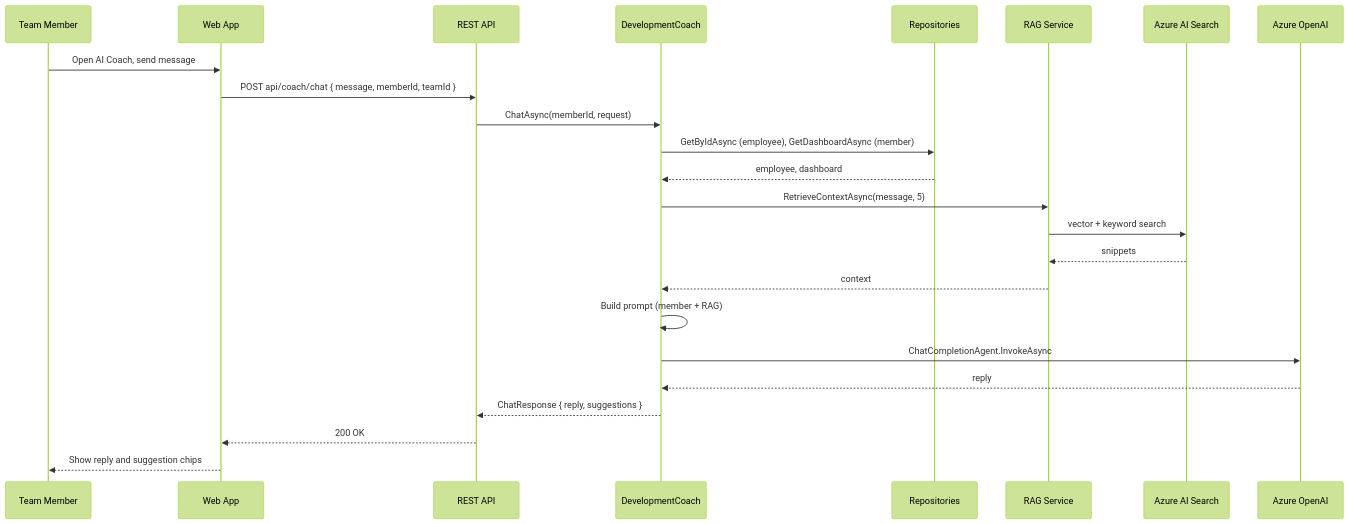
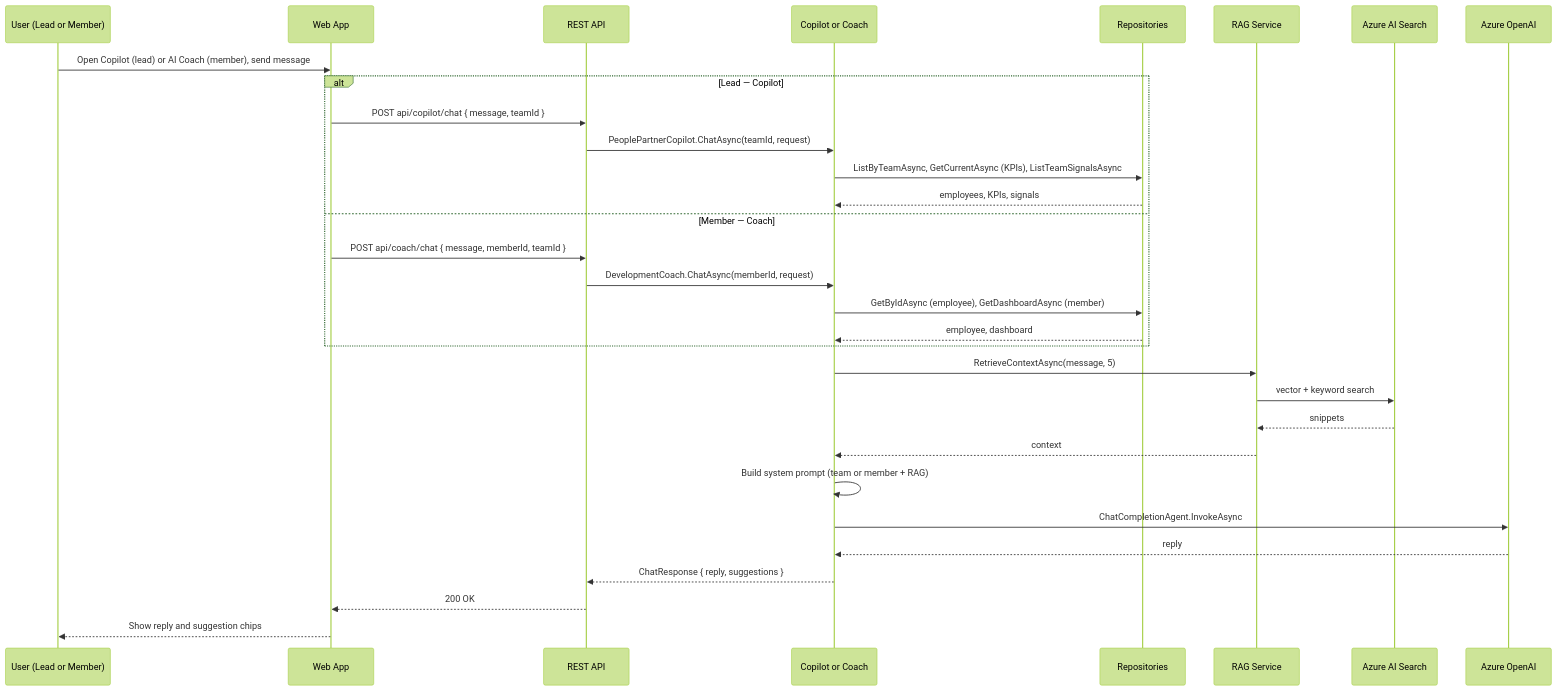
The first of 2 diagrams in README.md (LogiqApps-AS/logiq), drawn with Mermaid (forest theme) before and after one commit. The commit also changed other lines of this file and 4 other files, not shown here.

````diff
--- a/README.md
+++ b/README.md
@@ -185,30 +153,37 @@
 ```mermaid
 sequenceDiagram
-  participant U as Team Member
+  participant U as User (Lead or Member)
   participant W as Web App
   participant API as REST API
-  participant Coach as DevelopmentCoach
+  participant Agent as Copilot or Coach
   participant Repos as Repositories
   participant RAG as RAG Service
   participant Search as Azure AI Search
   participant OpenAI as Azure OpenAI
 
-  U->>W: Open AI Coach, send message
-  W->>API: POST api/coach/chat { message, memberId, teamId }
-  API->>Coach: ChatAsync(memberId, request)
+  U->>W: Open Copilot (lead) or AI Coach (member), send message
+  alt Lead — Copilot
+    W->>API: POST api/copilot/chat { message, teamId }
+    API->>Agent: PeoplePartnerCopilot.ChatAsync(teamId, request)
+    Agent->>Repos: ListByTeamAsync, GetCurrentAsync (KPIs), ListTeamSignalsAsync
+    Repos-->>Agent: employees, KPIs, signals
+  else Member — Coach
+    W->>API: POST api/coach/chat { message, memberId, teamId }
+    API->>Agent: DevelopmentCoach.ChatAsync(memberId, request)
+    Agent->>Repos: GetByIdAsync (employee), GetDashboardAsync (member)
+    Repos-->>Agent: employee, dashboard
+  end
 
-  Coach->>Repos: GetByIdAsync (employee), GetDashboardAsync (member)
-  Repos-->>Coach: employee, dashboard
-  Coach->>RAG: RetrieveContextAsync(message, 5)
+  Agent->>RAG: RetrieveContextAsync(message, 5)
   RAG->>Search: vector + keyword search
   Search-->>RAG: snippets
-  RAG-->>Coach: context
+  RAG-->>Agent: context
 
-  Coach->>Coach: Build prompt (member + RAG)
-  Coach->>OpenAI: ChatCompletionAgent.InvokeAsync
-  OpenAI-->>Coach: reply
+  Agent->>Agent: Build system prompt (team or member + RAG)
+  Agent->>OpenAI: ChatCompletionAgent.InvokeAsync
+  OpenAI-->>Agent: reply
 
-  Coach-->>API: ChatResponse { reply, suggestions }
+  Agent-->>API: ChatResponse { reply, suggestions }
   API-->>W: 200 OK
   W-->>U: Show reply and suggestion chips
 ```
````
